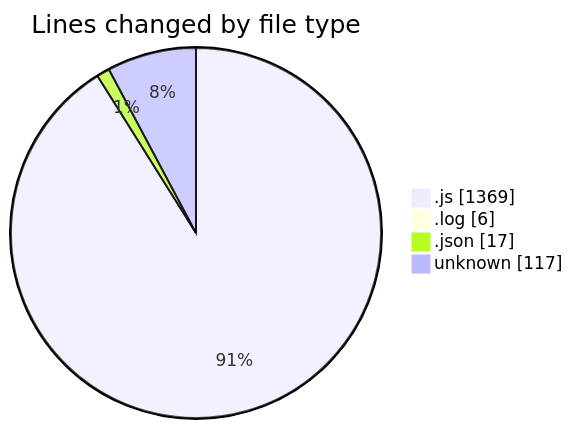
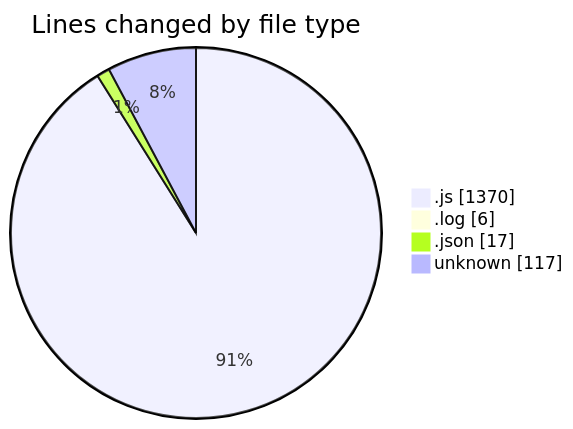
Before and after one commit to BS-eng2023/code-tracking: the first of 2 diagrams in 2025-03-31/jsvms/README.md, drawn with Mermaid. The commit also changed other lines of this file and 1 other file, not shown here.

````diff
--- a/2025-03-31/jsvms/README.md
+++ b/2025-03-31/jsvms/README.md
@@ -38,8 +38,8 @@
 ```mermaid
 pie showData
 title Lines changed by file type
-".js" : 1369
+".js" : 1370
 ".log" : 6
 ".json" : 17
 "unknown" : 117
 ```
````
